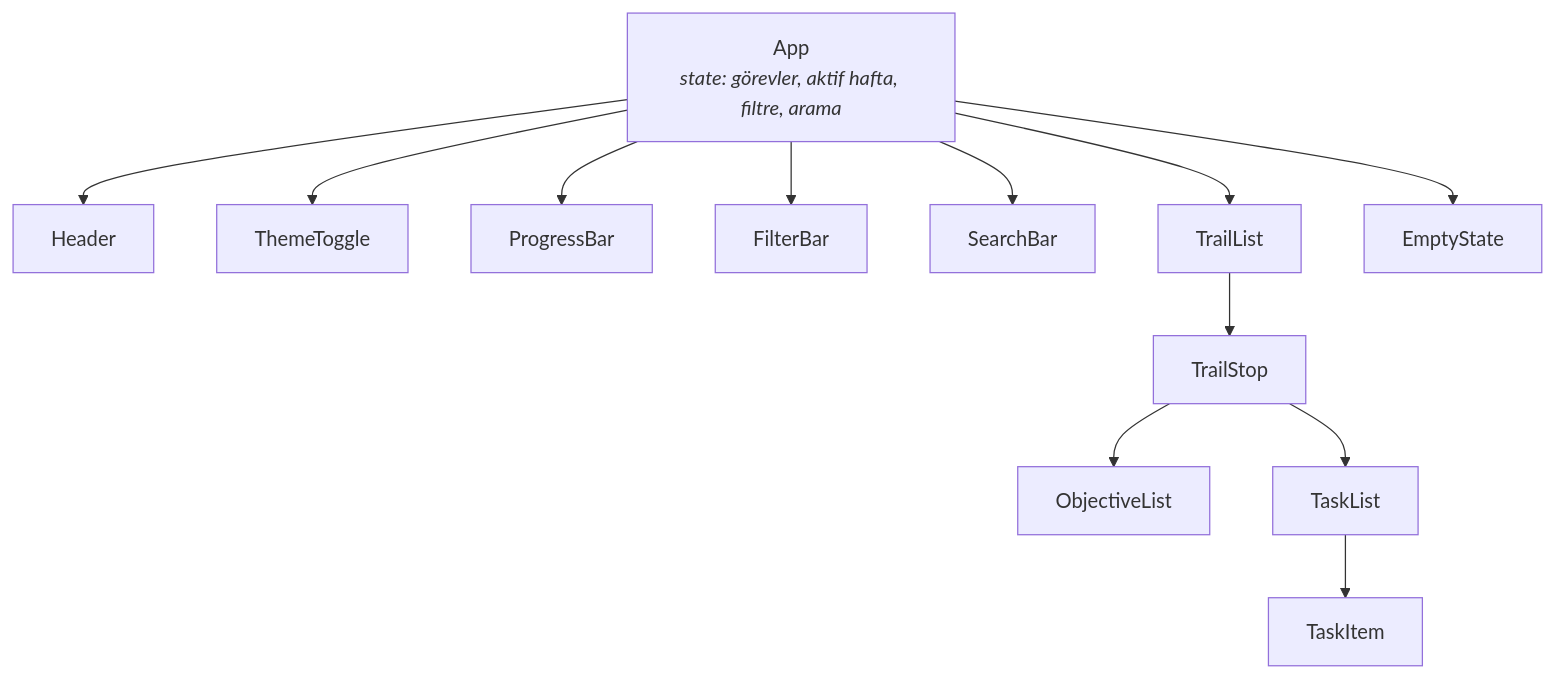
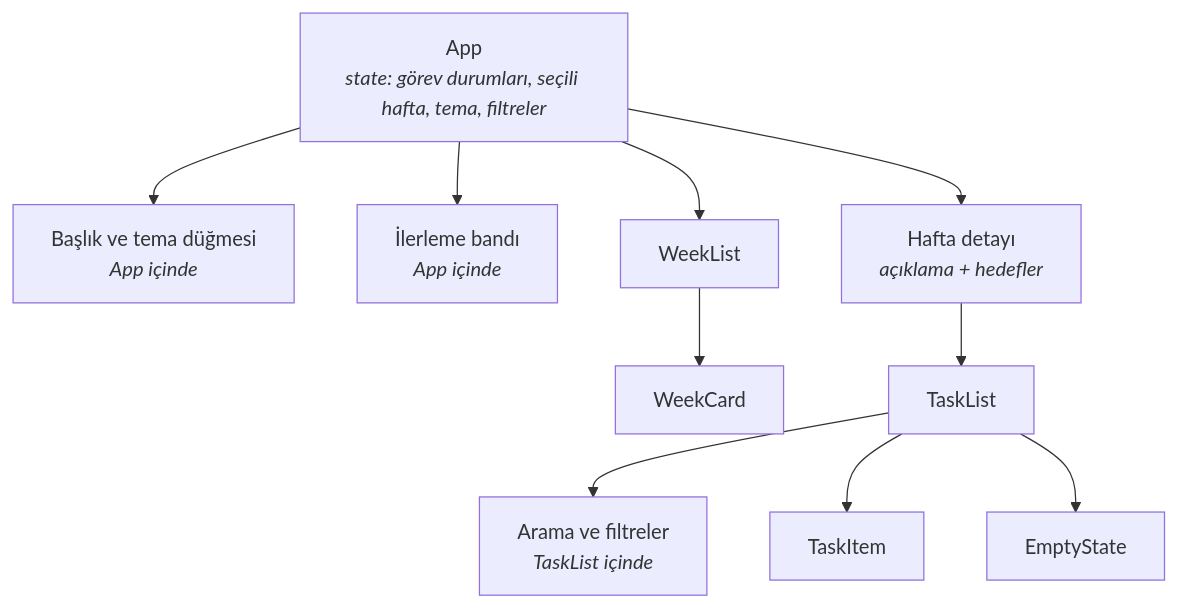
Before and after one commit to senacakmak6161/yazilim-gelistirme-proje1: the first of 5 diagrams in README.md, drawn with Mermaid. The commit also changed other lines of this file, not shown here.

````diff
--- a/README.md
+++ b/README.md
@@ -258,14 +261,12 @@
 ```mermaid
 graph TD
-    A[App<br/><i>state: görevler, aktif hafta, filtre, arama</i>] --> B[Header]
-    A --> C[ThemeToggle]
-    A --> D[ProgressBar]
-    A --> E[FilterBar]
-    A --> F[SearchBar]
-    A --> G[TrailList]
-    G --> H[TrailStop]
-    H --> I[ObjectiveList]
-    H --> J[TaskList]
-    J --> K[TaskItem]
-    A --> L[EmptyState]
+    A["App<br/><i>state: görev durumları, seçili hafta, tema, filtreler</i>"] --> B["Başlık ve tema düğmesi<br/><i>App içinde</i>"]
+    A --> C["İlerleme bandı<br/><i>App içinde</i>"]
+    A --> D[WeekList]
+    D --> E[WeekCard]
+    A --> F["Hafta detayı<br/><i>açıklama + hedefler</i>"]
+    F --> G[TaskList]
+    G --> H["Arama ve filtreler<br/><i>TaskList içinde</i>"]
+    G --> I[TaskItem]
+    G --> J[EmptyState]
 ```
````
